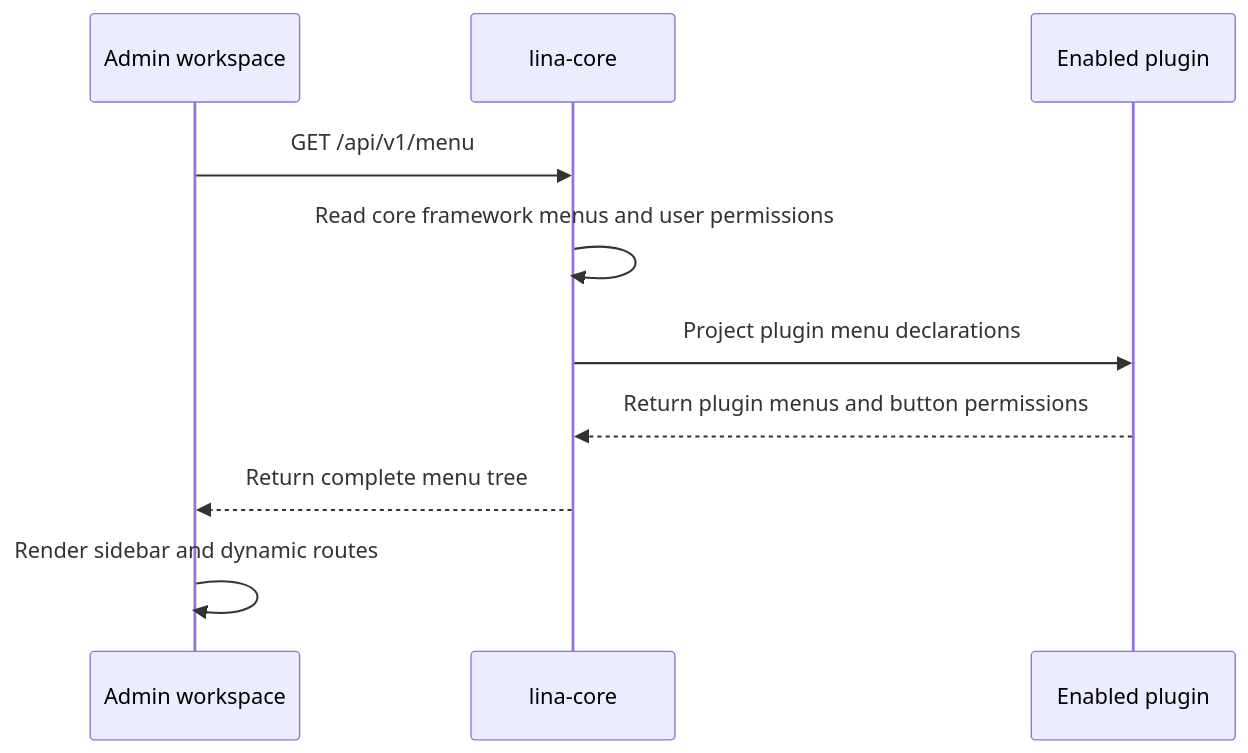
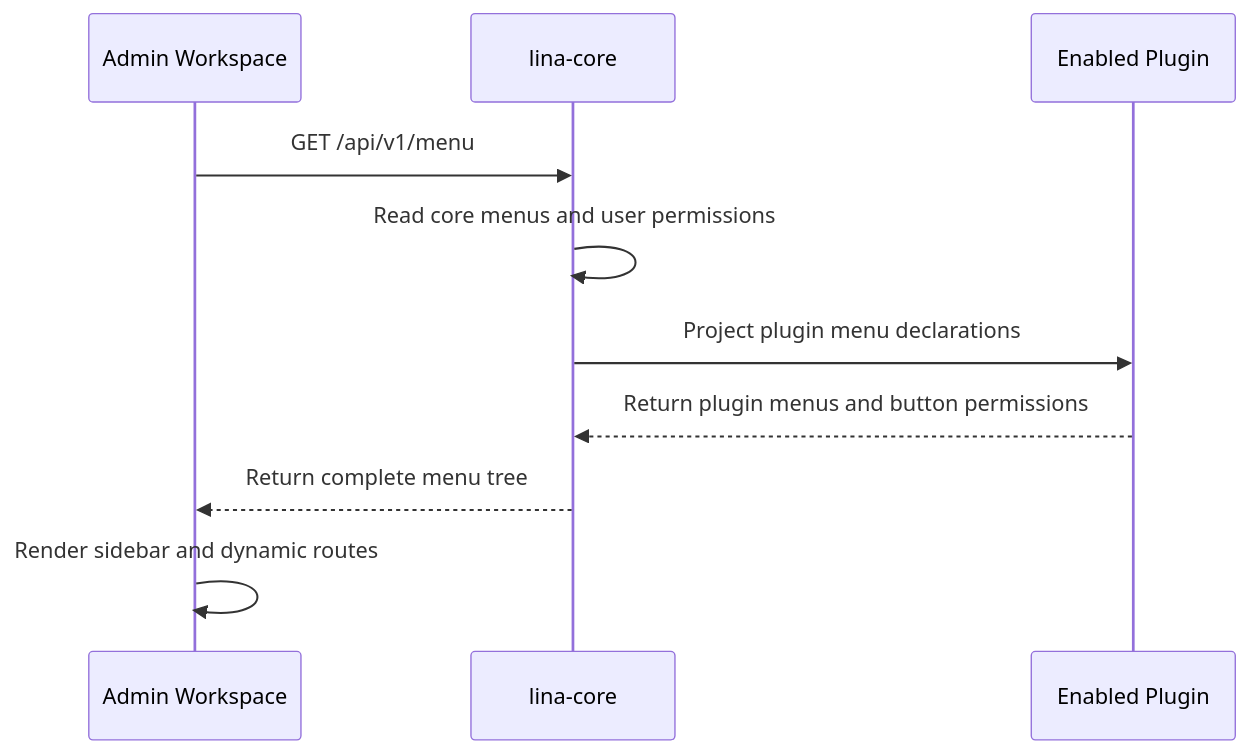
The second of 2 diagrams in apps/lina-site/i18n/en/docusaurus-plugin-content-docs/current/docs/1000-concepts/6000-capability-boundary.md (linaproai/linapro-site), drawn with Mermaid before and after one commit. The commit also changed other lines of this file and 138 other files, not shown here.

````diff
--- a/apps/lina-site/i18n/en/docusaurus-plugin-content-docs/current/docs/1000-concepts/6000-capability-boundary.md
+++ b/apps/lina-site/i18n/en/docusaurus-plugin-content-docs/current/docs/1000-concepts/6000-capability-boundary.md
@@ -142,13 +142,13 @@
 ```mermaid
 sequenceDiagram
-    participant UI as Admin workspace
+    participant UI as Admin Workspace
     participant Core as lina-core
-    participant Plugin as Enabled plugin
+    participant Plugin as Enabled Plugin
 
     UI->>Core: GET /api/v1/menu
-    Core->>Core: Read core framework menus and user permissions
+    Core->>Core: Read core menus and user permissions
     Core->>Plugin: Project plugin menu declarations
     Plugin-->>Core: Return plugin menus and button permissions
     Core-->>UI: Return complete menu tree
     UI->>UI: Render sidebar and dynamic routes
 ```
````
